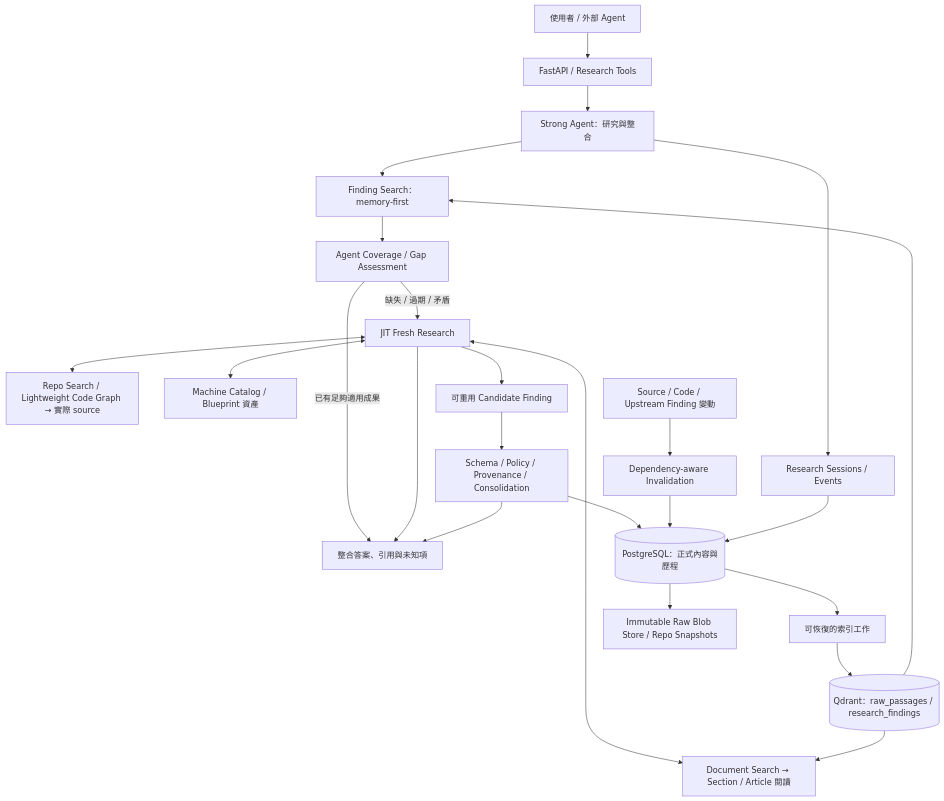
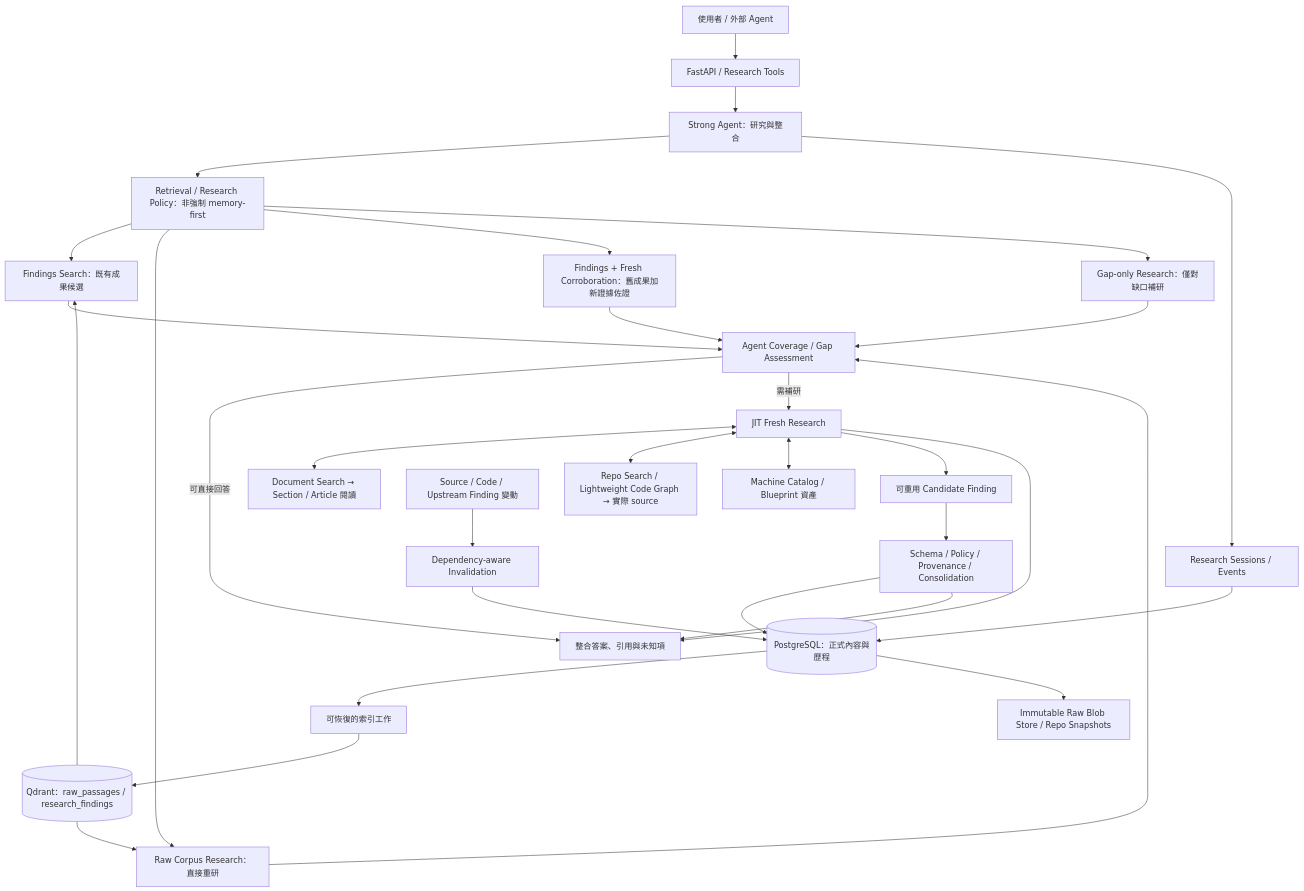
Before and after one commit to woodengrass/corrobora: the diagram in docs/plan/00-overview-and-architecture.md, drawn with Mermaid. The commit also changed other lines of this file and 16 other files, not shown here.

Commit message:
docs(plan): reposition memory as baseline, remove success-only and time-decay, split literature to 14

````diff
--- a/docs/plan/00-overview-and-architecture.md
+++ b/docs/plan/00-overview-and-architecture.md
@@ -45,26 +46,33 @@
 ```mermaid
 flowchart TD
     User[使用者 / 外部 Agent] --> API[FastAPI / Research Tools]
     API --> Agent[Strong Agent：研究與整合]
-    Agent --> Memory[Finding Search：memory-first]
-    Memory --> Gap[Agent Coverage / Gap Assessment]
-    Gap -->|已有足夠適用成果| Answer[整合答案、引用與未知項]
-    Gap -->|缺失 / 過期 / 矛盾| Research[JIT Fresh Research]
+    Agent --> Policy[Retrieval / Research Policy：非強制 memory-first]
+    Policy --> F[Findings Search：既有成果候選]
+    Policy --> R[Raw Corpus Research：直接重研]
+    Policy --> C[Findings + Fresh Corroboration：舊成果加新證據佐證]
+    Policy --> G[Gap-only Research：僅對缺口補研]
+    F --> Cover[Agent Coverage / Gap Assessment]
+    R --> Cover
+    C --> Cover
+    G --> Cover
+    Cover -->|可直接回答| Answer[整合答案、引用與未知項]
+    Cover -->|需補研| Research[JIT Fresh Research]
     Research <--> Docs[Document Search → Section / Article 閱讀]
     Research <--> Code[Repo Search / Lightweight Code Graph → 實際 source]
     Research <--> Machines[Machine Catalog / Blueprint 資產]
     Research --> Candidate[可重用 Candidate Finding]
     Candidate --> Write[Schema / Policy / Provenance / Consolidation]
     Write --> PG[(PostgreSQL：正式內容與歷程)]
     PG --> Index[可恢復的索引工作]
     Index --> Q[(Qdrant：raw_passages / research_findings)]
-    Q --> Memory
-    Q --> Docs
+    Q --> F
+    Q --> R
     Research --> Answer
     Write --> Answer
     Changes[Source / Code / Upstream Finding 變動] --> Invalidate[Dependency-aware Invalidation]
     Invalidate --> PG
     PG --> Raw[Immutable Raw Blob Store / Repo Snapshots]
     Agent --> Sessions[Research Sessions / Events]
     Sessions --> PG
 ```
````
